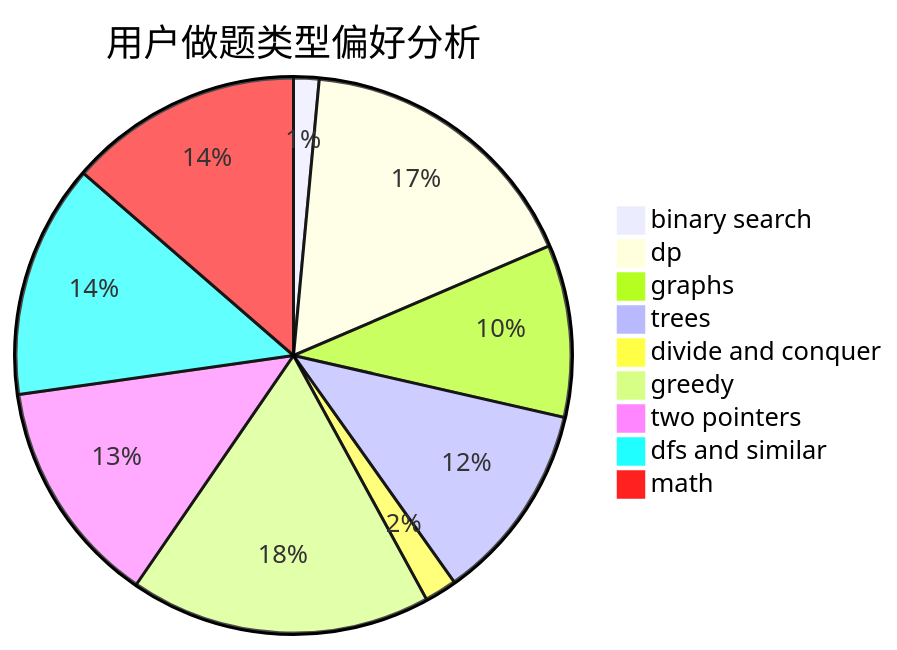
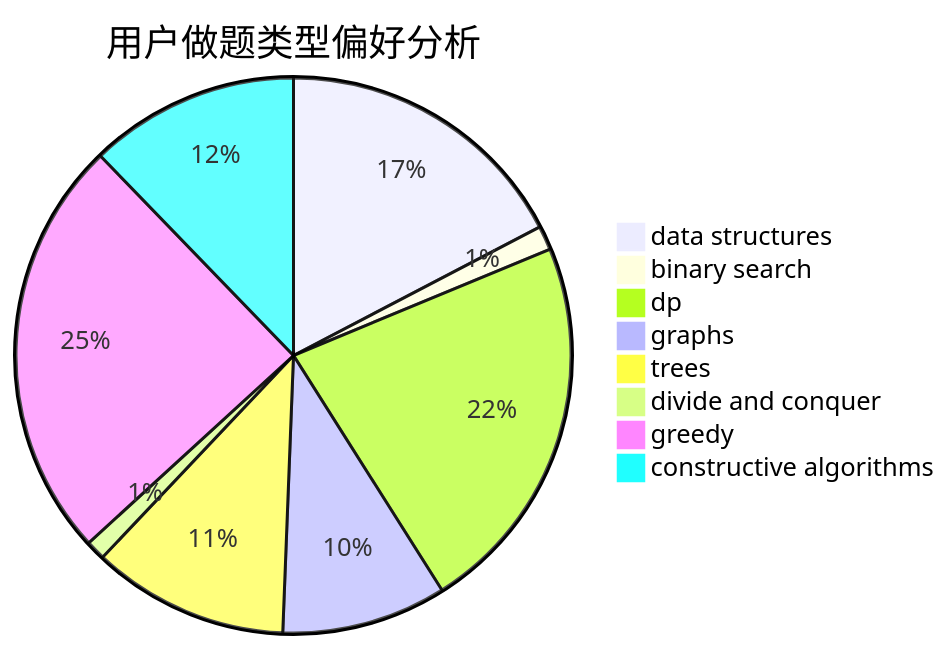
One commit to sherpahu/cfrs.github.io changed the second of 3 diagrams in docs/user/u2107.md. Above: the diagram before and after it, drawn with Mermaid. The commit also changed other lines of this file and 2775 other files, not shown here.

````diff
--- a/docs/user/u2107.md
+++ b/docs/user/u2107.md
@@ -23,12 +23,11 @@
 ```mermaid
 pie title 用户做题类型偏好分析
-    "binary search" :  30
-    "dp" :  346
-    "graphs" :  203
-    "trees" :  235
-    "divide and conquer" :  38
-    "greedy" :  355
-    "two pointers" :  267
-    "dfs and similar" :  276
-    "math" :  276
+    "data structures" :  197
+    "binary search" :  16
+    "dp" :  253
+    "graphs" :  109
+    "trees" :  130
+    "divide and conquer" :  13
+    "greedy" :  279
+    "constructive algorithms" :  139
 ```
````
